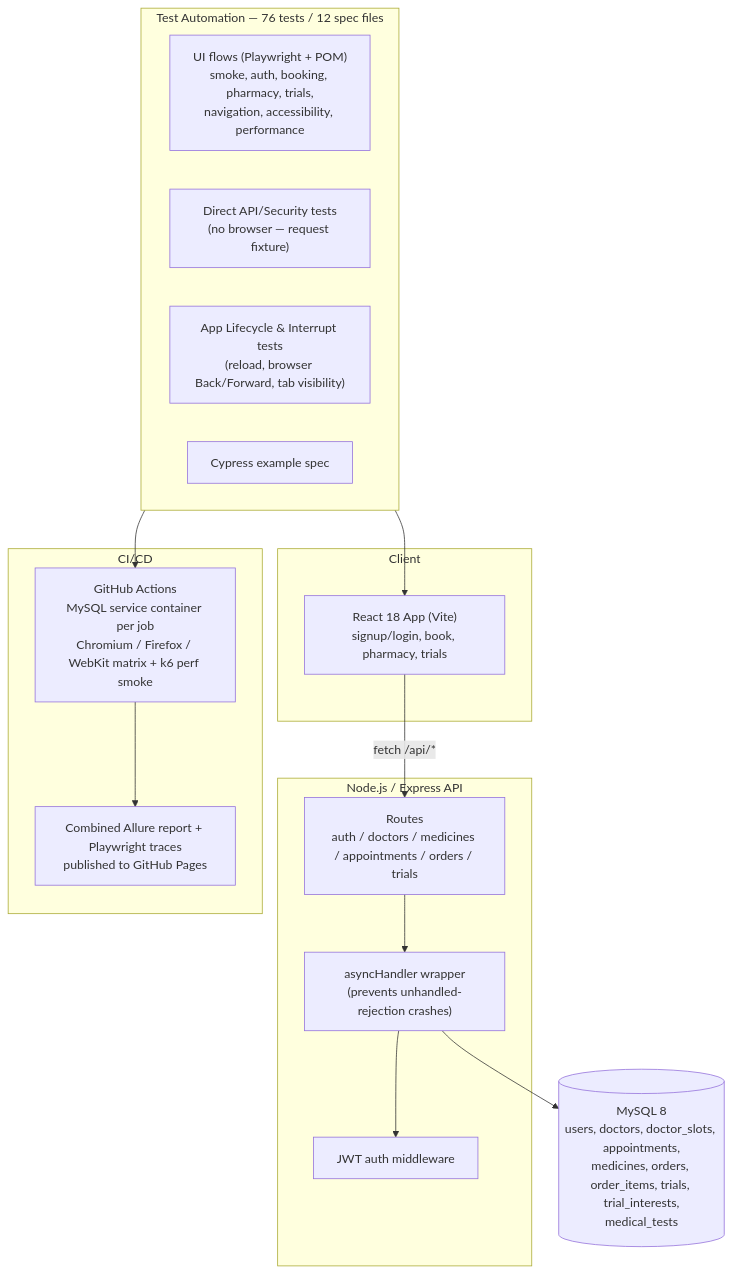
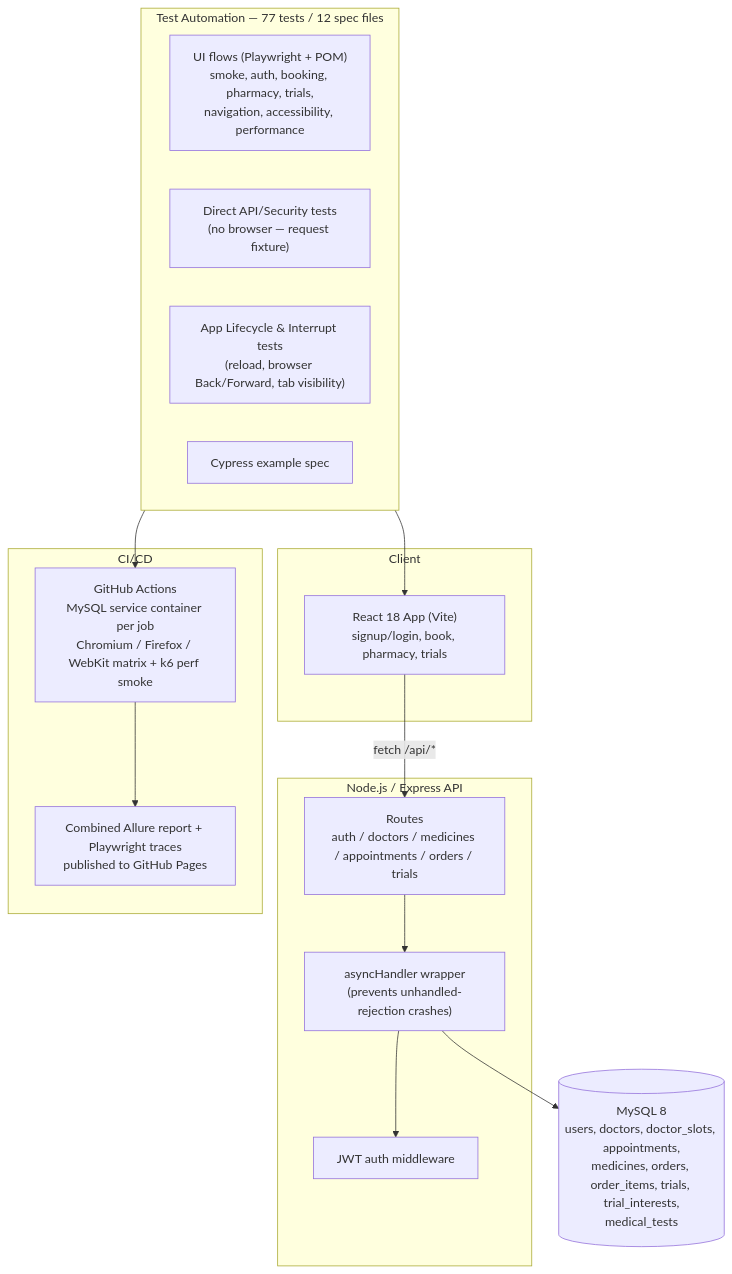
Before and after one commit to REZAULKARIM2024/MeridianHealth-test-automation: the diagram in README.md, drawn with Mermaid. The commit also changed other lines of this file and 11 other files, not shown here.

````diff
--- a/README.md
+++ b/README.md
@@ -78,35 +79,35 @@
 ```mermaid
 flowchart TB
     subgraph Client
         React["React 18 App (Vite)<br/>signup/login, book, pharmacy, trials"]
     end
 
     subgraph Backend["Node.js / Express API"]
         Routes["Routes<br/>auth / doctors / medicines / appointments / orders / trials"]
         AsyncHandler["asyncHandler wrapper<br/>(prevents unhandled-rejection crashes)"]
         Auth["JWT auth middleware"]
     end
 
     DB[("MySQL 8<br/>users, doctors, doctor_slots, appointments,<br/>medicines, orders, order_items, trials, trial_interests,<br/>medical_tests")]
 
     React -->|fetch /api/*| Routes
     Routes --> AsyncHandler
     AsyncHandler --> Auth
     AsyncHandler --> DB
 
-    subgraph Tests["Test Automation — 76 tests / 12 spec files"]
+    subgraph Tests["Test Automation — 77 tests / 12 spec files"]
         UI["UI flows (Playwright + POM)<br/>smoke, auth, booking, pharmacy, trials,<br/>navigation, accessibility, performance"]
         API["Direct API/Security tests<br/>(no browser — request fixture)"]
         Lifecycle["App Lifecycle & Interrupt tests<br/>(reload, browser Back/Forward, tab visibility)"]
         Cypress["Cypress example spec"]
     end
 
     subgraph Pipeline["CI/CD"]
         GHA["GitHub Actions<br/>MySQL service container per job<br/>Chromium / Firefox / WebKit matrix + k6 perf smoke"]
         AllureReport["Combined Allure report + Playwright traces<br/>published to GitHub Pages"]
     end
 
     Tests --> React
     Tests --> GHA
     GHA --> AllureReport
 ```
````
